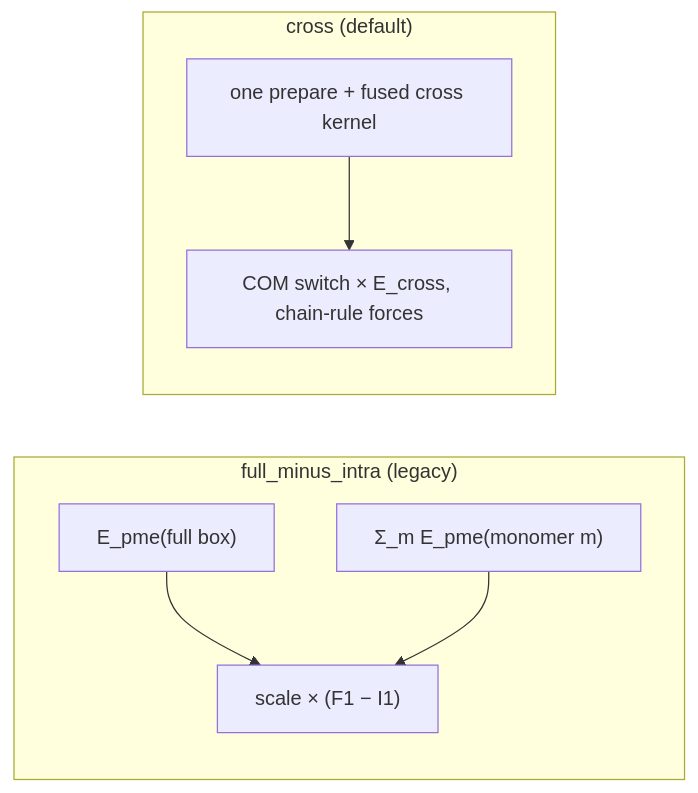
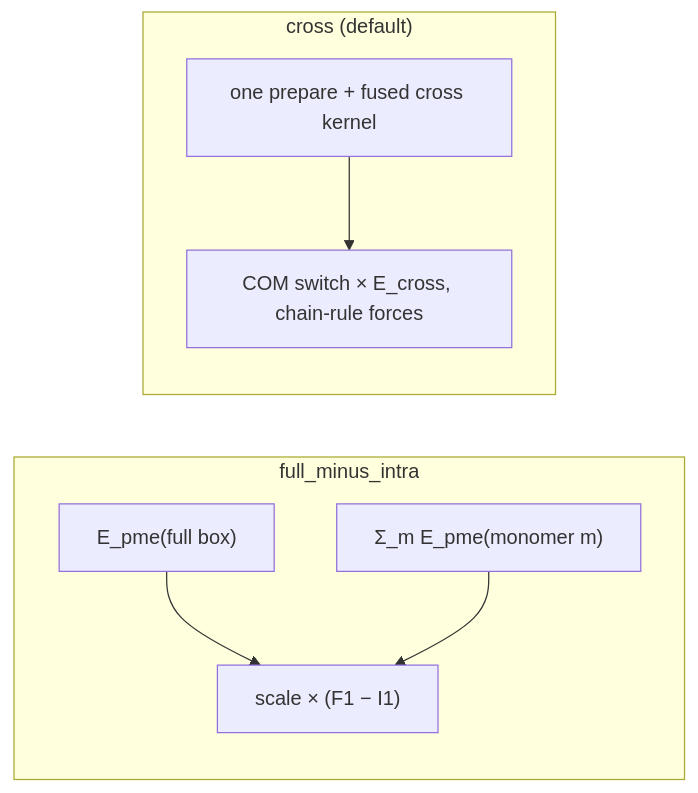
The third of 5 diagrams in docs/md-system-configs.md (EricBoittier/karml), drawn with Mermaid before and after one commit. The commit also changed other lines of this file and 212 other files, not shown here.

````diff
--- a/docs/md-system-configs.md
+++ b/docs/md-system-configs.md
@@ -975,14 +975,14 @@
 ```mermaid
 flowchart LR
-  subgraph legacy ["full_minus_intra (legacy)"]
+  subgraph full_minus_intra ["full_minus_intra"]
     F1["E_pme(full box)"]
     I1["Σ_m E_pme(monomer m)"]
     F1 --> D1["scale × (F1 − I1)"]
     I1 --> D1
   end
 
   subgraph cross ["cross (default)"]
     P["one prepare + fused cross kernel"]
     P --> D2["COM switch × E_cross, chain-rule forces"]
   end
 ```
````
